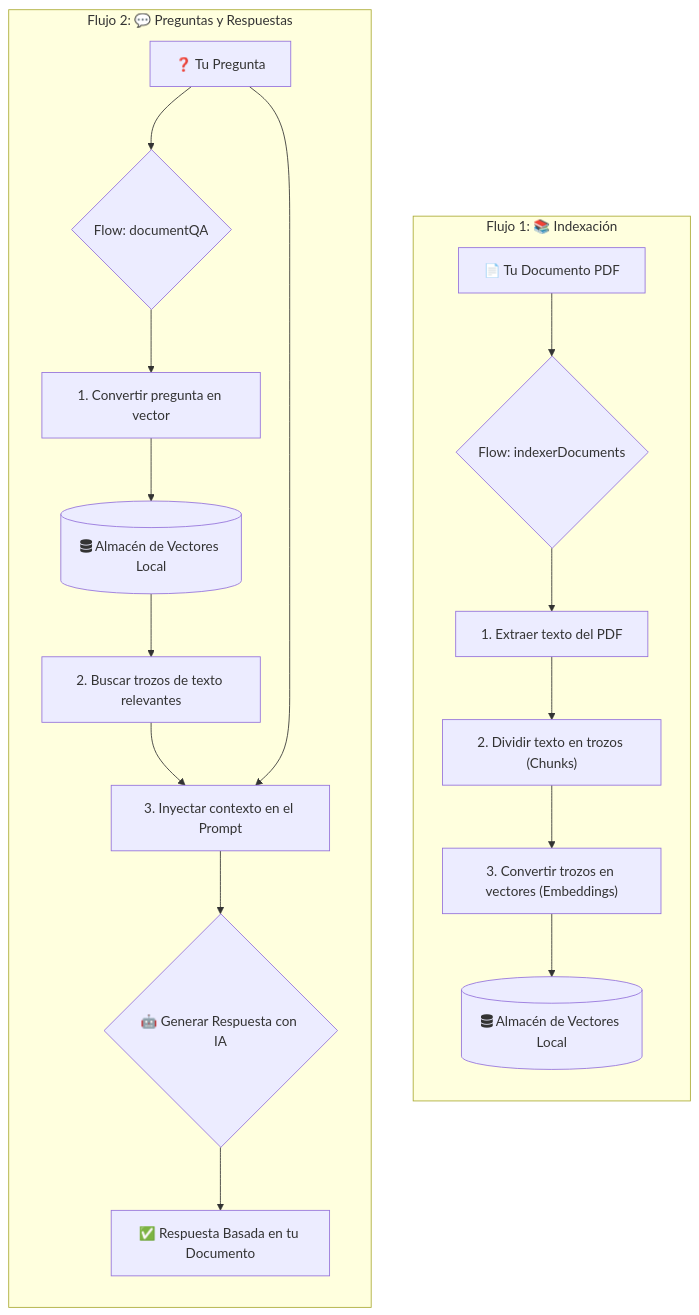
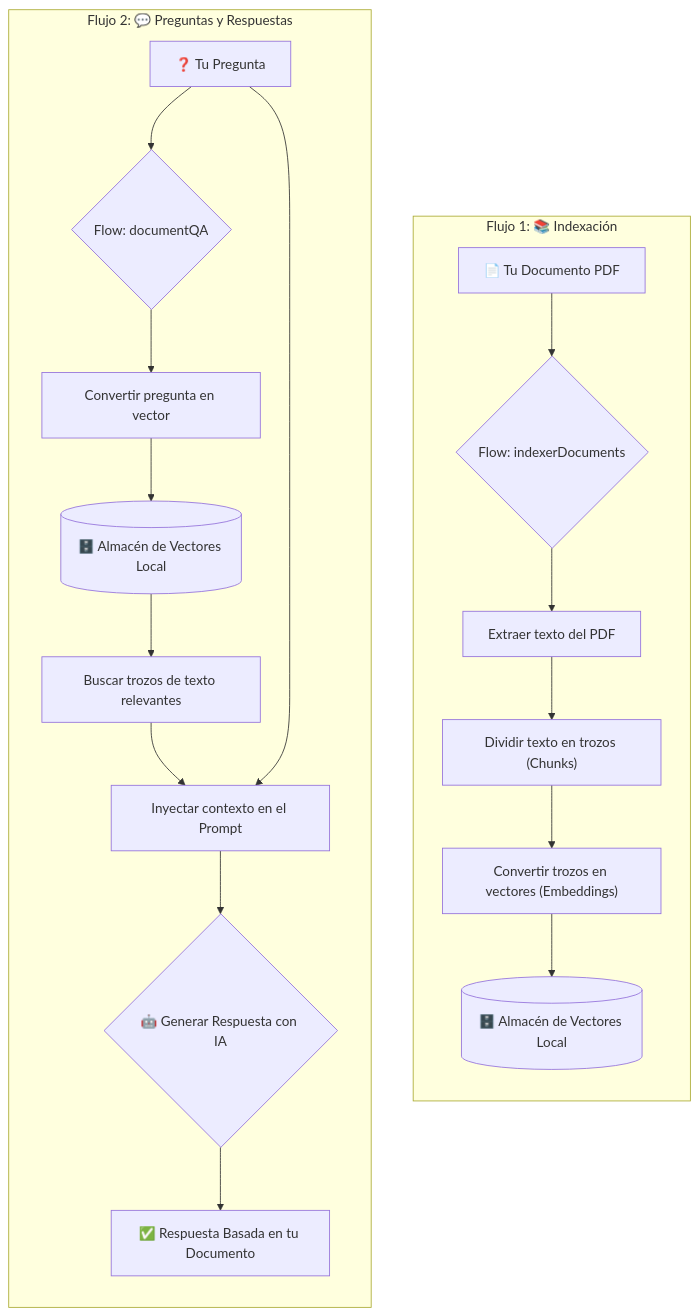
One commit to nelsonromerog/rag-genkit-pdf changed the diagram in README.md. Above: the diagram before and after it, drawn with Mermaid.

````diff
--- a/README.md
+++ b/README.md
@@ -16,23 +16,23 @@
 ```mermaid
 flowchart TD
     subgraph "Flujo 1: 📚 Indexación"
         direction TB
         A["📄 Tu Documento PDF"] --> B{"Flow: indexerDocuments"};
-        B --> C["1. Extraer texto del PDF"];
-        C --> D["2. Dividir texto en trozos (Chunks)"];
-        D --> E["3. Convertir trozos en vectores (Embeddings)"];
-        E --> F[("fa:fa-database Almacén de Vectores Local")];
+        B --> C["Extraer texto del PDF"];
+        C --> D["Dividir texto en trozos (Chunks)"];
+        D --> E["Convertir trozos en vectores (Embeddings)"];
+        E --> F[("🗄️ Almacén de Vectores Local")]
     end
 
     subgraph "Flujo 2: 💬 Preguntas y Respuestas"
         direction TB
         G["❓ Tu Pregunta"] --> H{"Flow: documentQA"};
-        H --> I["1. Convertir pregunta en vector"];
-        I --> J[("fa:fa-database Almacén de Vectores Local")];
-        J --> K["2. Buscar trozos de texto relevantes"];
-        K --> L["3. Inyectar contexto en el Prompt"];
+        H --> I["Convertir pregunta en vector"];
+        I --> J[("🗄️ Almacén de Vectores Local")]
+        J --> K["Buscar trozos de texto relevantes"];
+        K --> L["Inyectar contexto en el Prompt"];
         G --> L;
         L --> M{🤖 Generar Respuesta con IA};
         M --> N["✅ Respuesta Basada en tu Documento"];
     end
 ```
````
